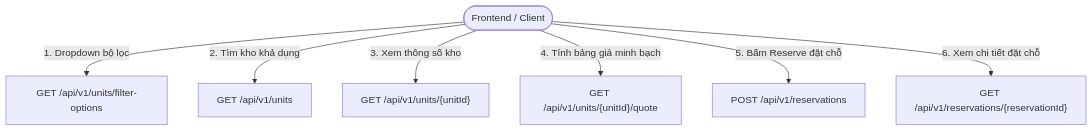
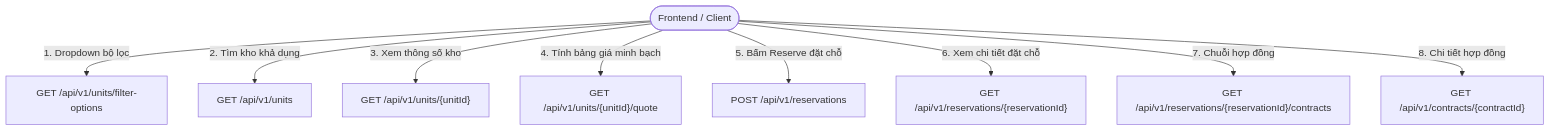
One commit to bechovang/StorageHub changed the first of 3 diagrams in docs/backend/BACKEND-BROWSE-UNITS-GUIDE_phuc.md. Above: the diagram before and after it, drawn with Mermaid. The commit also changed other lines of this file and 9 other files, not shown here.

Commit message:
feat(contract): implement contract chain, auto-drafting and content snapshot (FR-10, FR-11, FR-13)

````diff
--- a/docs/backend/BACKEND-BROWSE-UNITS-GUIDE_phuc.md
+++ b/docs/backend/BACKEND-BROWSE-UNITS-GUIDE_phuc.md
@@ -55,9 +56,11 @@
 ```mermaid
 flowchart TD
     Client([Frontend / Client]) -->|1. Dropdown bộ lọc| GET_FILTER["GET /api/v1/units/filter-options"]
     Client -->|2. Tìm kho khả dụng| GET_UNITS["GET /api/v1/units"]
     Client -->|3. Xem thông số kho| GET_DETAIL["GET /api/v1/units/{unitId}"]
     Client -->|4. Tính bảng giá minh bạch| GET_QUOTE["GET /api/v1/units/{unitId}/quote"]
     Client -->|5. Bấm Reserve đặt chỗ| POST_RES["POST /api/v1/reservations"]
     Client -->|6. Xem chi tiết đặt chỗ| GET_RES["GET /api/v1/reservations/{reservationId}"]
+    Client -->|7. Chuỗi hợp đồng| GET_CHAIN["GET /api/v1/reservations/{reservationId}/contracts"]
+    Client -->|8. Chi tiết hợp đồng| GET_CT["GET /api/v1/contracts/{contractId}"]
 ```
````
